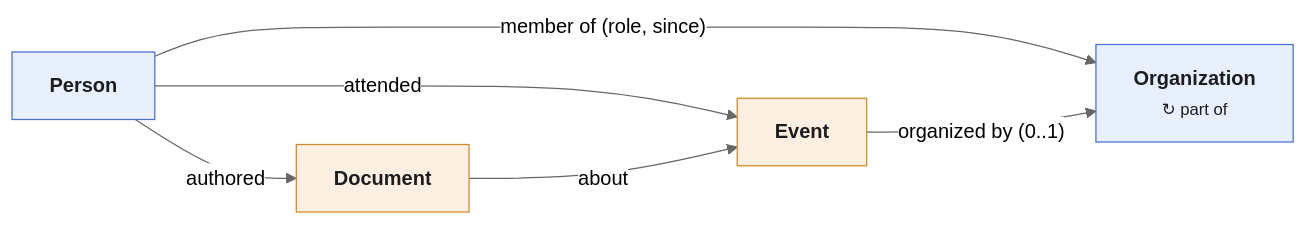
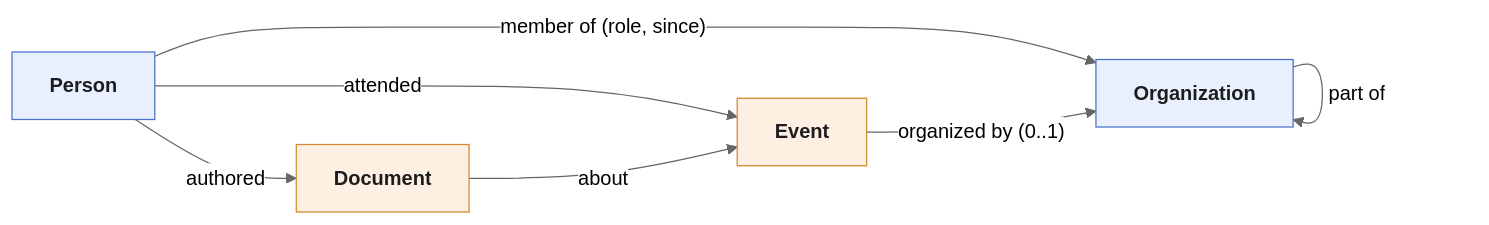
The diagram in base/ONTOLOGY.md (ModernRelay/ontologies), drawn with Mermaid (neutral theme) before and after one commit. The commit also changed 6 other files, not shown here.

Commit message:
Draw self-relations as loops in the diagrams

````diff
--- a/base/ONTOLOGY.md
+++ b/base/ONTOLOGY.md
@@ -36,14 +36,15 @@
 ```mermaid
 flowchart LR
   classDef who fill:#e8f0fe,stroke:#4a6fd1,color:#1d1d1f
   classDef what fill:#fdf0e2,stroke:#d08a2b,color:#1d1d1f
   Person["<b>Person</b>"]:::who
-  Organization["<b>Organization</b><br/><small>↻ part of</small>"]:::who
+  Organization["<b>Organization</b>"]:::who
   Event["<b>Event</b>"]:::what
   Document["<b>Document</b>"]:::what
   Person -->|"member of (role, since)"| Organization
   Person -->|"attended"| Event
   Event -->|"organized by (0..1)"| Organization
   Person -->|"authored"| Document
   Document -->|"about"| Event
+  Organization -->|"part of"| Organization
 ```
````
